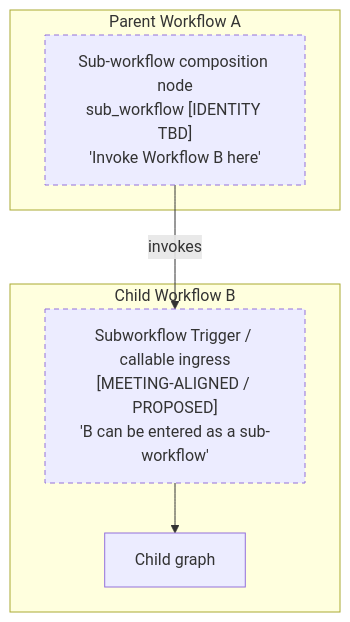
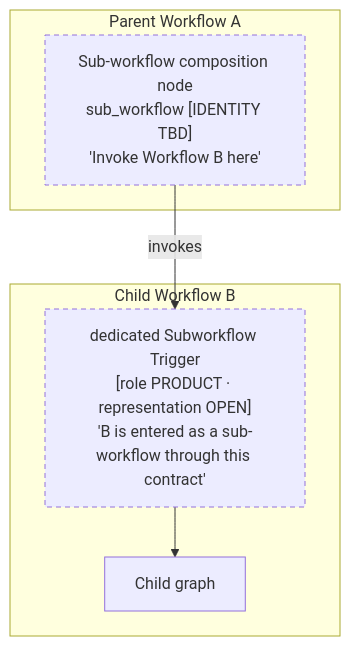
One commit to rohitthakur2590/syntara changed the first of 6 diagrams in backend/docs/workflow-engine/sub-workflow-node.md. Above: the diagram before and after it, drawn with Mermaid. The commit also changed other lines of this file, not shown here.

First line of the commit message:
docs(workflow-engine): reconcile Sub-workflow Node architecture with closed Product decisions

````diff
--- a/backend/docs/workflow-engine/sub-workflow-node.md
+++ b/backend/docs/workflow-engine/sub-workflow-node.md
@@ -105,13 +111,13 @@
 ```mermaid
 graph TB
     subgraph A["Parent Workflow A"]
         SWN["Sub-workflow composition node<br/>sub_workflow [IDENTITY TBD]<br/>'Invoke Workflow B here'"]
     end
     subgraph B["Child Workflow B"]
-        ING["Subworkflow Trigger / callable ingress<br/>[MEETING-ALIGNED / PROPOSED]<br/>'B can be entered as a sub-workflow'"]
+        ING["dedicated Subworkflow Trigger<br/>[role PRODUCT · representation OPEN]<br/>'B is entered as a sub-workflow through this contract'"]
         G["Child graph"]
     end
     SWN -->|invokes| ING --> G
     classDef tbd stroke-dasharray:5 4
     class SWN,ING tbd
 ```
````
